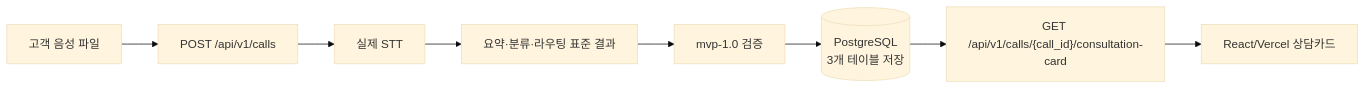
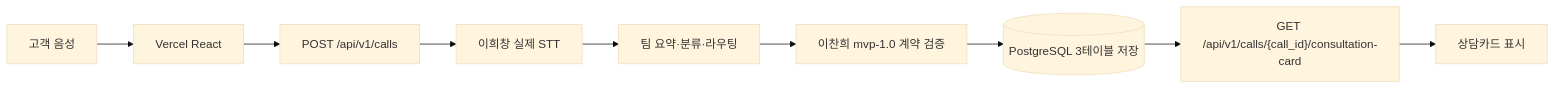
The second of 2 diagrams in docs/2026-07-16-mvp-integration-status.md (bluealmond33-debug/kda4-k7-product), drawn with Mermaid (base theme) before and after one commit. The commit also changed other lines of this file and 3 other files, not shown here.

Commit message:
test: automate PostgreSQL contract verification

````diff
--- a/docs/2026-07-16-mvp-integration-status.md
+++ b/docs/2026-07-16-mvp-integration-status.md
@@ -29,10 +29,11 @@
 ```mermaid
 flowchart LR
-    A["고객 음성 파일"] --> B["POST /api/v1/calls"]
-    B --> C["실제 STT"]
-    C --> D["요약·분류·라우팅 표준 결과"]
-    D --> E["mvp-1.0 검증"]
-    E --> F[("PostgreSQL\n3개 테이블 저장")]
-    F --> G["GET /api/v1/calls/{call_id}/consultation-card"]
-    G --> H["React/Vercel 상담카드"]
+    A["고객 음성"] --> B["Vercel React"]
+    B --> C["POST /api/v1/calls"]
+    C --> D["이희창 실제 STT"]
+    D --> E["팀 요약·분류·라우팅"]
+    E --> F["이찬희 mvp-1.0 계약 검증"]
+    F --> G[("PostgreSQL 3테이블 저장")]
+    G --> H["GET /api/v1/calls/{call_id}/consultation-card"]
+    H --> I["상담카드 표시"]
 ```
````
